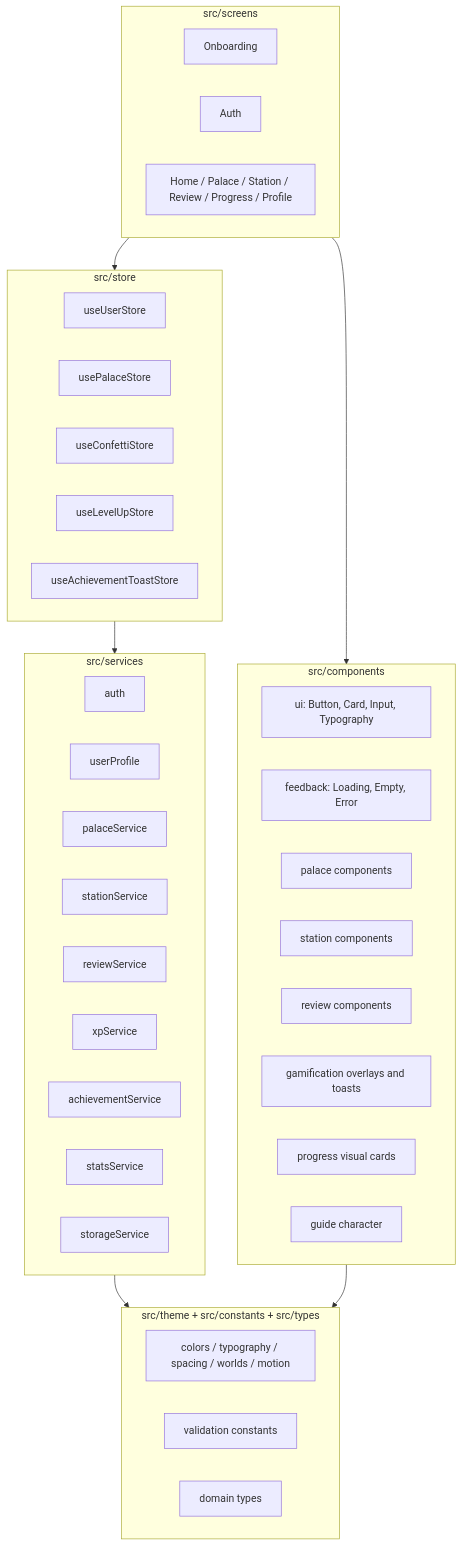
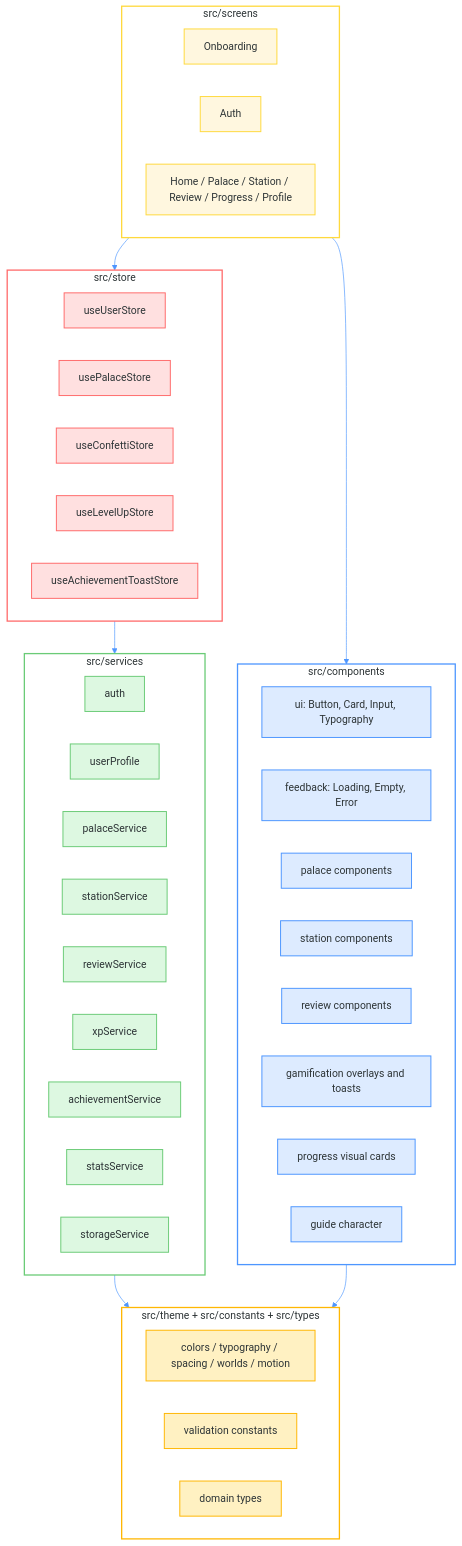
Before and after one commit to angelperezcastro/LociLandApp: the fifth of 9 diagrams in README.md, drawn with Mermaid. The commit also changed other lines of this file, not shown here.

Commit message:
Updated diagrams (README)

````diff
--- a/README.md
+++ b/README.md
@@ -607,51 +631,70 @@
 ```mermaid
+%%{init: {"theme":"base","themeVariables":{"background":"#FFFFFF","mainBkg":"#FFFFFF","primaryColor":"#FFF7DF","primaryTextColor":"#2D3436","primaryBorderColor":"#FFD93D","lineColor":"#4D96FF","secondaryColor":"#DDEBFF","tertiaryColor":"#DDF8E1","fontFamily":"Nunito, Arial, sans-serif","clusterBkg":"#FFFFFF","clusterBorder":"#E9DFC7","edgeLabelBackground":"#FFFFFF","actorBkg":"#FFF7DF","actorBorder":"#FFD93D","actorTextColor":"#2D3436","activationBkg":"#DDEBFF","activationBorderColor":"#4D96FF","sequenceNumberColor":"#2D3436","noteBkgColor":"#FFF7DF","noteTextColor":"#2D3436","stateBkg":"#FFF7DF","stateBorder":"#FFD93D","stateLabelColor":"#2D3436","labelBoxBkgColor":"#FFFFFF","labelBoxBorderColor":"#E9DFC7","entityBkg":"#FFF7DF","entityBorder":"#FFD93D","relationLabelBackground":"#FFFFFF"}}}%%
 flowchart TB
     subgraph Screens[src/screens]
         OnboardingScreens[Onboarding]
         AuthScreens[Auth]
         AppScreens[Home / Palace / Station / Review / Progress / Profile]
     end
 
     subgraph Components[src/components]
         UI[ui: Button, Card, Input, Typography]
         Feedback[feedback: Loading, Empty, Error]
         Palace[palace components]
         Station[station components]
         ReviewComponents[review components]
         Gamification[gamification overlays and toasts]
         ProgressComponents[progress visual cards]
         Guide[guide character]
     end
 
     subgraph Domain[src/services]
         AuthService[auth]
         UserProfile[userProfile]
         PalaceService[palaceService]
         StationService[stationService]
         ReviewService[reviewService]
         XPService[xpService]
         AchievementService[achievementService]
         StatsService[statsService]
         StorageService[storageService]
     end
 
     subgraph State[src/store]
         UserStore[useUserStore]
         PalaceStore[usePalaceStore]
         ConfettiStore[useConfettiStore]
         LevelUpStore[useLevelUpStore]
         ToastStore[useAchievementToastStore]
     end
 
     subgraph Foundation[src/theme + src/constants + src/types]
         Theme[colors / typography / spacing / worlds / motion]
         Validation[validation constants]
         Types[domain types]
     end
 
     Screens --> Components
     Screens --> State
     State --> Domain
     Domain --> Foundation
     Components --> Foundation
+
+    style Screens fill:#FFFFFF,stroke:#FFD93D,stroke-width:2px,color:#2D3436
+    style Components fill:#FFFFFF,stroke:#4D96FF,stroke-width:2px,color:#2D3436
+    style Domain fill:#FFFFFF,stroke:#6BCB77,stroke-width:2px,color:#2D3436
+    style State fill:#FFFFFF,stroke:#FF6B6B,stroke-width:2px,color:#2D3436
+    style Foundation fill:#FFFFFF,stroke:#FFB703,stroke-width:2px,color:#2D3436
+
+    classDef screens fill:#FFF7DF,stroke:#FFD93D,stroke-width:1.5px,color:#2D3436
+    classDef components fill:#DDEBFF,stroke:#4D96FF,stroke-width:1.5px,color:#2D3436
+    classDef domain fill:#DDF8E1,stroke:#6BCB77,stroke-width:1.5px,color:#2D3436
+    classDef state fill:#FFE0E0,stroke:#FF6B6B,stroke-width:1.5px,color:#2D3436
+    classDef foundation fill:#FFF1C2,stroke:#FFB703,stroke-width:1.5px,color:#2D3436
+
+    class OnboardingScreens,AuthScreens,AppScreens screens
+    class UI,Feedback,Palace,Station,ReviewComponents,Gamification,ProgressComponents,Guide components
+    class AuthService,UserProfile,PalaceService,StationService,ReviewService,XPService,AchievementService,StatsService,StorageService domain
+    class UserStore,PalaceStore,ConfettiStore,LevelUpStore,ToastStore state
+    class Theme,Validation,Types foundation
 ```
````
